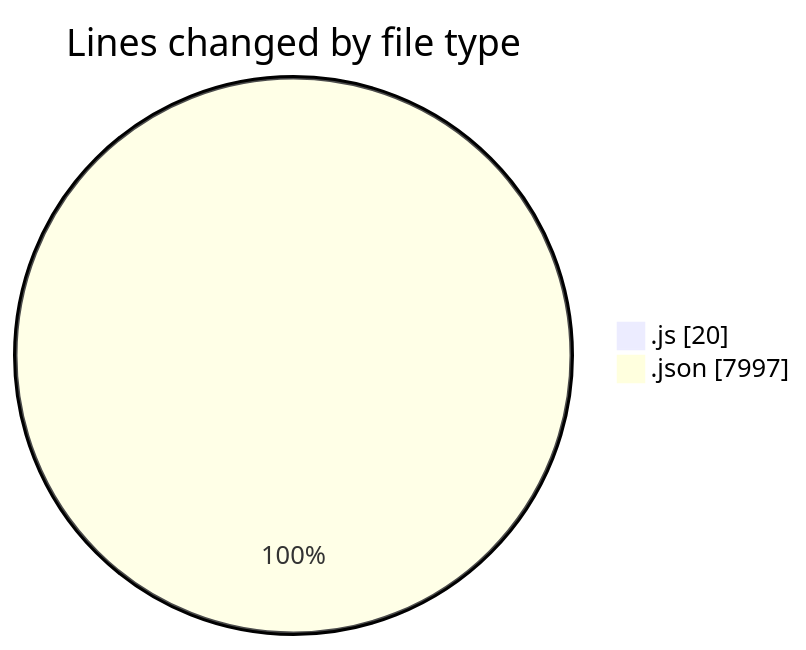
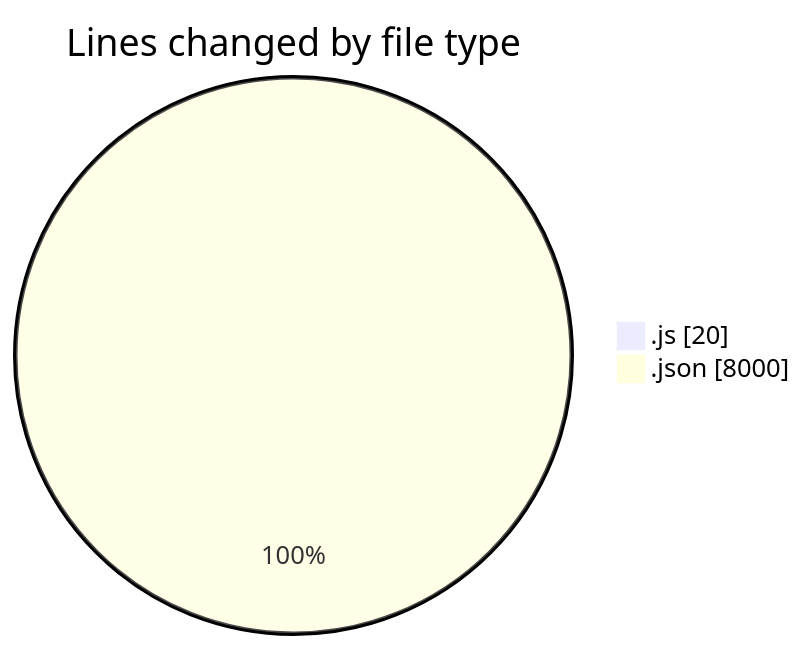
The first of 2 diagrams in 2025-01-11/good-pr/README.md (momahboobian/code-tracking), drawn with Mermaid before and after one commit. The commit also changed other lines of this file and 1 other file, not shown here.

````diff
--- a/2025-01-11/good-pr/README.md
+++ b/2025-01-11/good-pr/README.md
@@ -24,6 +24,6 @@
 ```mermaid
 pie showData
 title Lines changed by file type
 ".js" : 20
-".json" : 7997
+".json" : 8000
 ```
````
